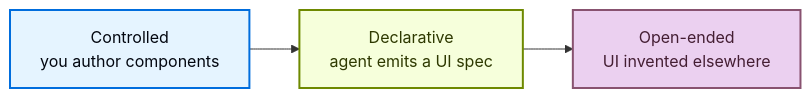
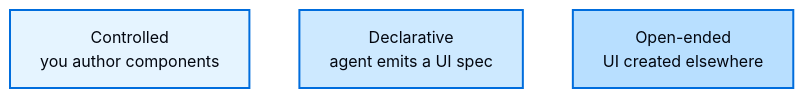
Before and after one commit to langchain-ai/docs: the diagram in src/oss/langchain/frontend/generative-ui-overview.mdx, drawn with Mermaid. The commit also changed other lines of this file and 5 other files, not shown here.

````diff
--- a/src/oss/langchain/frontend/generative-ui-overview.mdx
+++ b/src/oss/langchain/frontend/generative-ui-overview.mdx
@@ -23,23 +23,23 @@
 ```mermaid
 %%{
   init: {
     "fontFamily": "monospace",
     "flowchart": {
       "curve": "curve"
     }
   }
 }%%
 graph LR
   C["Controlled<br/>you author components"]
   D["Declarative<br/>agent emits a UI spec"]
-  O["Open-ended<br/>UI invented elsewhere"]
+  O["Open-ended<br/>UI created elsewhere"]
 
-  C --> D --> O
+  C ~~~ D ~~~ O
 
-  classDef process fill:#E5F4FF,stroke:#006DDD,stroke-width:2px,color:#030710;
-  classDef trigger fill:#F6FFDB,stroke:#6E8900,stroke-width:2px,color:#2E3900;
-  classDef output fill:#EBD0F0,stroke:#885270,stroke-width:2px,color:#441E33;
-  class C process;
-  class D trigger;
-  class O output;
+  classDef light fill:#E5F4FF,stroke:#006DDD,stroke-width:2px,color:#030710;
+  classDef mid fill:#CDE9FF,stroke:#006DDD,stroke-width:2px,color:#030710;
+  classDef deep fill:#B8DFFF,stroke:#006DDD,stroke-width:2px,color:#030710;
+  class C light;
+  class D mid;
+  class O deep;
 ```
````
